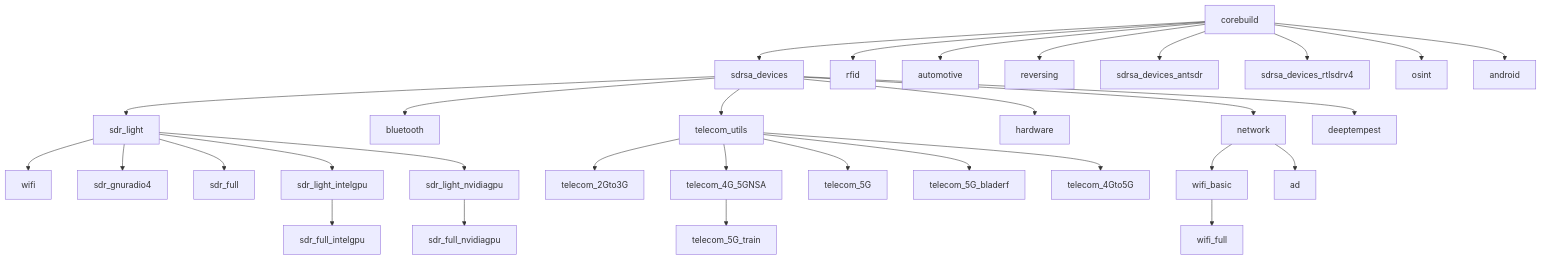
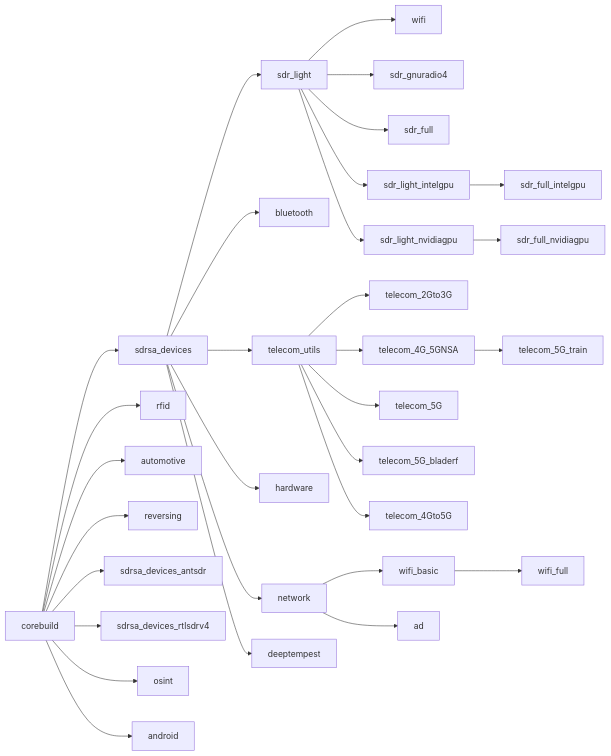
The diagram in content/docs/guide/list-of-images.md (PentHertz/rfswift-doc-v2), drawn with Mermaid before and after one commit. The commit also changed other lines of this file and 135 other files, not shown here.

````diff
--- a/content/docs/guide/list-of-images.md
+++ b/content/docs/guide/list-of-images.md
@@ -91,33 +146,33 @@
 ```mermaid
-graph TD;
+graph LR;
     A[corebuild]-->B[sdrsa_devices];
     A-->C[rfid];
     A-->D[automotive];
     A-->E[reversing];
     A-->F[sdrsa_devices_antsdr];
     A-->G[sdrsa_devices_rtlsdrv4];
     B[sdrsa_devices]-->H[sdr_light];
     B[sdrsa_devices]-->I[bluetooth];
     B[sdrsa_devices]-->L[telecom_utils];
     B[sdrsa_devices]-->R[hardware];
     B[sdrsa_devices]-->S[network];
     B[sdrsa_devices]-->DT[deeptempest];
     A-->OS[osint];
     A-->AN[android];
     S[network]-->WB[wifi_basic];
     WB-->WF[wifi_full];
     S[network]-->AD[ad];
     H-->J[wifi];
     H-->G4[sdr_gnuradio4];
     H-->K[sdr_full];
     H-->H2[sdr_light_intelgpu];
     H-->H3[sdr_light_nvidiagpu];
     H2-->K2[sdr_full_intelgpu];
     H3-->K3[sdr_full_nvidiagpu];
     L-->M[telecom_2Gto3G];
     L-->N[telecom_4G_5GNSA];
     L-->O[telecom_5G];
     L-->O2[telecom_5G_bladerf];
     L-->P[telecom_4Gto5G];
     N-->P2[telecom_5G_train];
 ```
````
